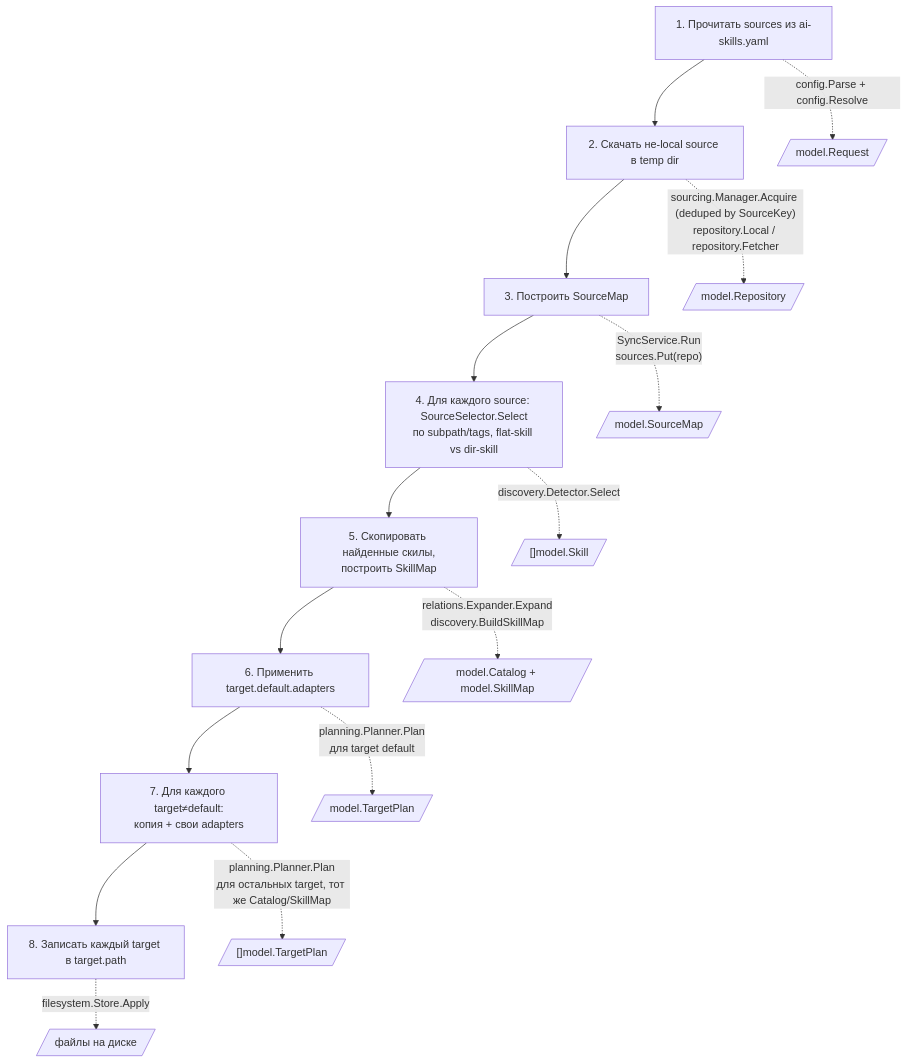
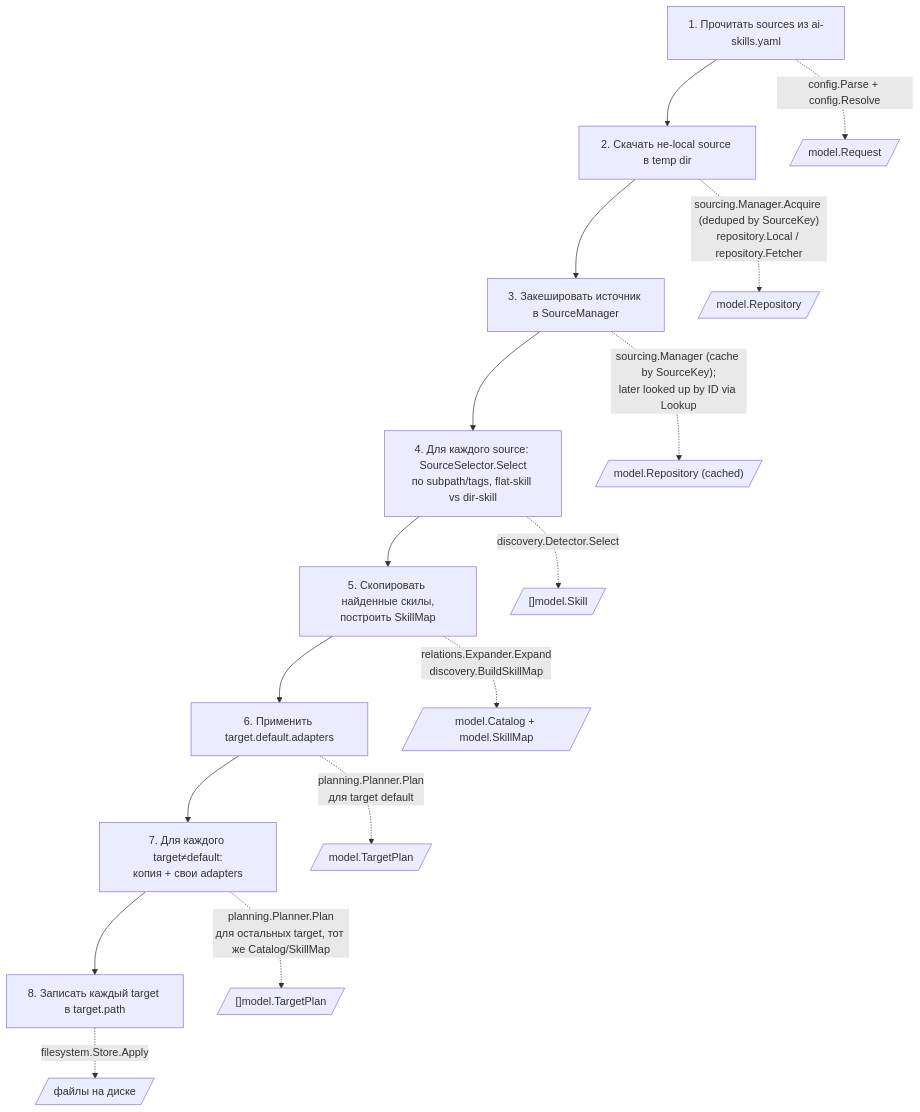
One commit to InsonusK/go-ai-skill-manage changed the second of 3 diagrams in docs/architecture/diagrams.md. Above: the diagram before and after it, drawn with Mermaid. The commit also changed other lines of this file and 23 other files, not shown here.

````diff
--- a/docs/architecture/diagrams.md
+++ b/docs/architecture/diagrams.md
@@ -75,20 +81,20 @@
 ```mermaid
 flowchart TD
     A["1. Прочитать sources из ai-skills.yaml"] --> B
     B["2. Скачать не-local source в temp dir"] --> C
-    C["3. Построить SourceMap"] --> D
+    C["3. Закешировать источник в SourceManager"] --> D
     D["4. Для каждого source: SourceSelector.Select<br/>по subpath/tags, flat-skill vs dir-skill"] --> E
     E["5. Скопировать найденные скилы,<br/>построить SkillMap"] --> F
     F["6. Применить target.default.adapters"] --> G
     G["7. Для каждого target≠default:<br/>копия + свои adapters"] --> H
     H["8. Записать каждый target в target.path"]
 
     A -.->|"config.Parse + config.Resolve"| A1[/"model.Request"/]
     B -.->|"sourcing.Manager.Acquire (deduped by SourceKey)<br/>repository.Local / repository.Fetcher"| B1[/"model.Repository"/]
-    C -.->|"SyncService.Run<br/>sources.Put(repo)"| C1[/"model.SourceMap"/]
+    C -.->|"sourcing.Manager (cache by SourceKey);<br/>later looked up by ID via Lookup"| C1[/"model.Repository (cached)"/]
     D -.->|"discovery.Detector.Select"| D1[/"[]model.Skill"/]
     E -.->|"relations.Expander.Expand<br/>discovery.BuildSkillMap"| E1[/"model.Catalog + model.SkillMap"/]
     F -.->|"planning.Planner.Plan<br/>для target default"| F1[/"model.TargetPlan"/]
     G -.->|"planning.Planner.Plan<br/>для остальных target, тот же Catalog/SkillMap"| G1[/"[]model.TargetPlan"/]
     H -.->|"filesystem.Store.Apply"| H1[/"файлы на диске"/]
 ```
````
